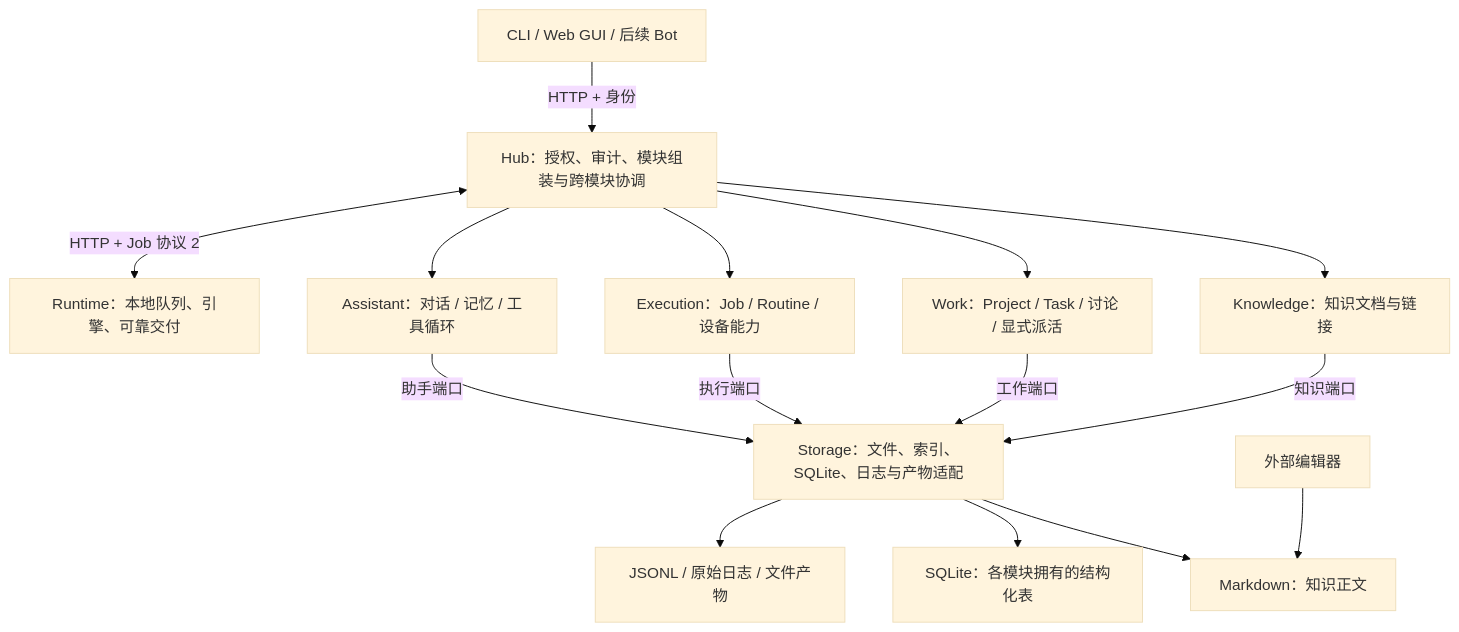
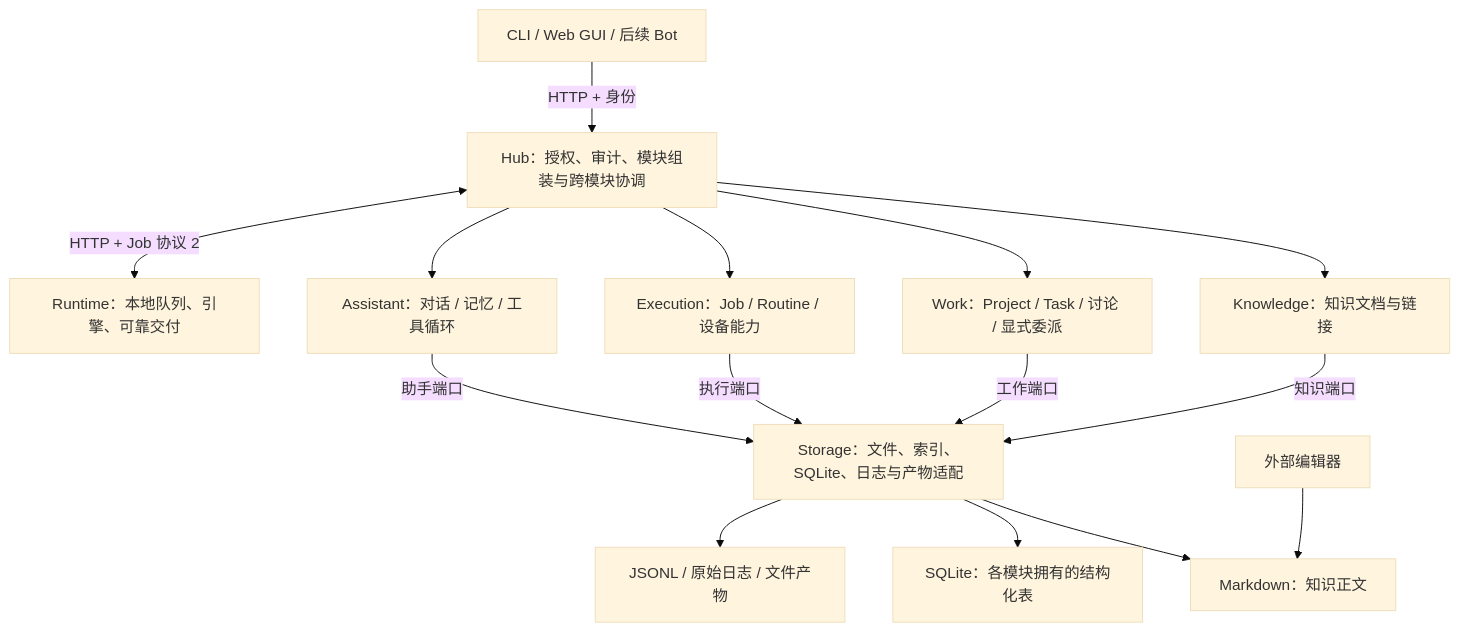
Before and after one commit to wicsp/Lumio: the diagram in docs/DESIGN.md, drawn with Mermaid (base theme). The commit also changed other lines of this file and 22 other files, not shown here.

First line of the commit message:
docs+schema: ADR 0032 task model (outcome, turn, events), handoff plans; revise ADR 0031; R4 re-plan; 派活→委派

````diff
--- a/docs/DESIGN.md
+++ b/docs/DESIGN.md
@@ -20,17 +20,17 @@
 ```mermaid
 flowchart TD
   Clients[CLI / Web GUI / 后续 Bot] -->|HTTP + 身份| Hub[Hub：授权、审计、模块组装与跨模块协调]
   Hub --> K[Knowledge：知识文档与链接]
-  Hub --> W[Work：Project / Task / 讨论 / 显式派活]
+  Hub --> W[Work：Project / Task / 讨论 / 显式委派]
   Hub --> E[Execution：Job / Routine / 设备能力]
   Hub --> A[Assistant：对话 / 记忆 / 工具循环]
   K -->|知识端口| S[Storage：文件、索引、SQLite、日志与产物适配]
   W -->|工作端口| S
   E -->|执行端口| S
   A -->|助手端口| S
   S --> MD[Markdown：知识正文]
   S --> DB[SQLite：各模块拥有的结构化表]
   S --> Files[JSONL / 原始日志 / 文件产物]
   Hub <-->|HTTP + Job 协议 2| Runtime[Runtime：本地队列、引擎、可靠交付]
   Editors[外部编辑器] --> MD
 ```
````
